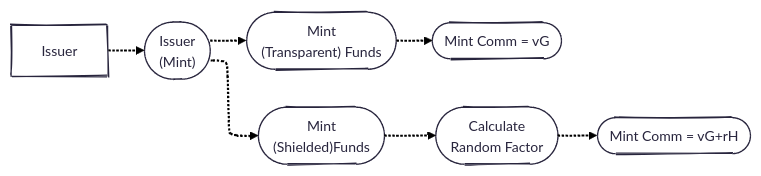
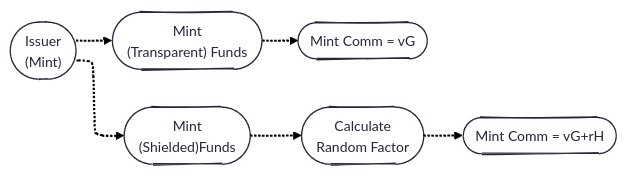
The third of 8 diagrams in enygma_payments/README.md (raylsnetwork/Enygma), drawn with Mermaid before and after one commit. The commit also changed other lines of this file, not shown here.

Commit message:
Remove 'Issuer' entity from flowcharts
Removed references to 'Issuer' entity in flowcharts for Setup and Mint sections.

````diff
--- a/enygma_payments/README.md
+++ b/enygma_payments/README.md
@@ -65,27 +61,23 @@
 ```mermaid
 ---
 config:
   theme: redux
   layout: elk
   look: handDrawn
 ---
 flowchart LR
-
-    %% Entities
-    issuer["Issuer"]
 
     %% I (Mint)
     i_mint(["Issuer<br>(Mint)"])
     mint_transparent(["Mint<br>(Transparent) Funds"])
     mint_ttx(["Mint Comm = vG"])
     mint_shield(["Mint<br>(Shielded)Funds"])
     calculate_r(["Calculate<br>Random Factor"])
     mint_stx(["Mint Comm = vG+rH"])
 
 
     %% Flow Connections
-    issuer -.->  i_mint
     i_mint -.-> mint_transparent -.-> mint_ttx
     i_mint -.-> mint_shield -.-> calculate_r -.-> mint_stx
 
 ```
````
